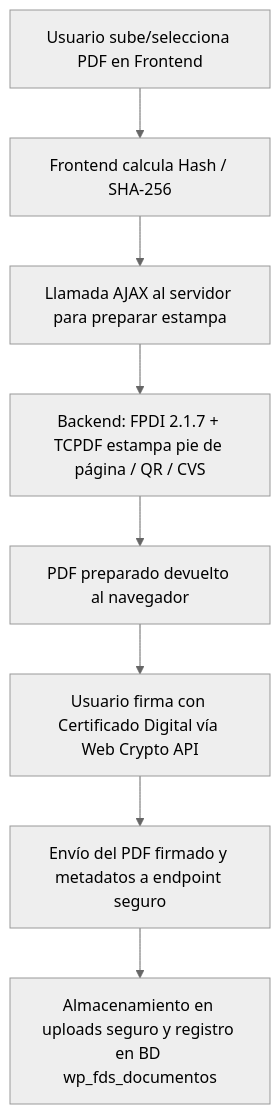
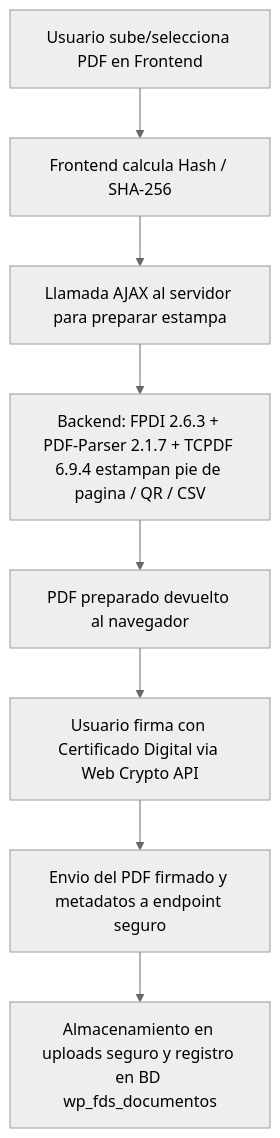
One commit to ketso9/obsidian-memoria-proyectos changed the diagram in Proyectos/Portal del Empleado/Arquitectura/Arquitectura-PDF-Signature.md. Above: the diagram before and after it, drawn with Mermaid (neutral theme). The commit also changed other lines of this file and 2 other files, not shown here.

````diff
--- a/Proyectos/Portal del Empleado/Arquitectura/Arquitectura-PDF-Signature.md
+++ b/Proyectos/Portal del Empleado/Arquitectura/Arquitectura-PDF-Signature.md
@@ -17,10 +17,10 @@
 ```mermaid
 graph TD
     A[Usuario sube/selecciona PDF en Frontend] --> B[Frontend calcula Hash / SHA-256]
     B --> C[Llamada AJAX al servidor para preparar estampa]
-    C --> D[Backend: FPDI 2.1.7 + TCPDF estampa pie de página / QR / CVS]
+    C --> D[Backend: FPDI 2.6.3 + PDF-Parser 2.1.7 + TCPDF 6.9.4 estampan pie de pagina / QR / CSV]
     D --> E[PDF preparado devuelto al navegador]
-    E --> F[Usuario firma con Certificado Digital vía Web Crypto API]
-    F --> G[Envío del PDF firmado y metadatos a endpoint seguro]
+    E --> F[Usuario firma con Certificado Digital via Web Crypto API]
+    F --> G[Envio del PDF firmado y metadatos a endpoint seguro]
     G --> H[Almacenamiento en uploads seguro y registro en BD wp_fds_documentos]
 ```
````
